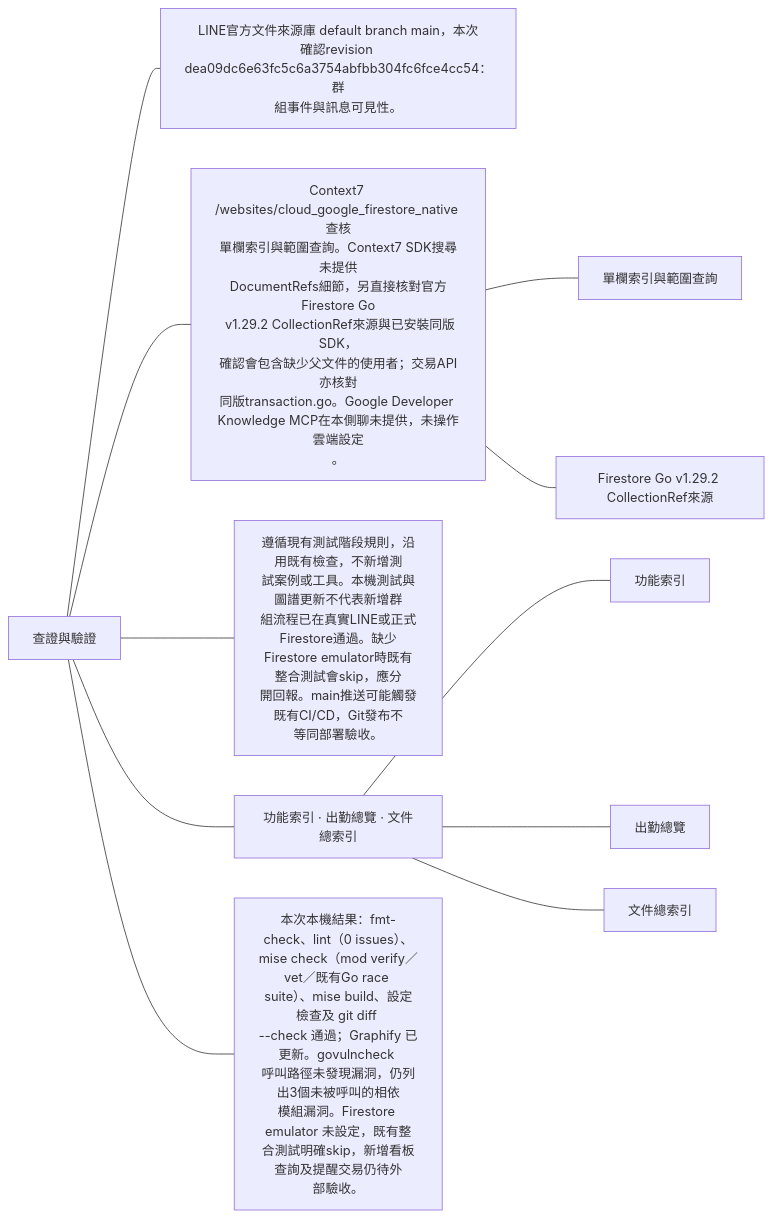
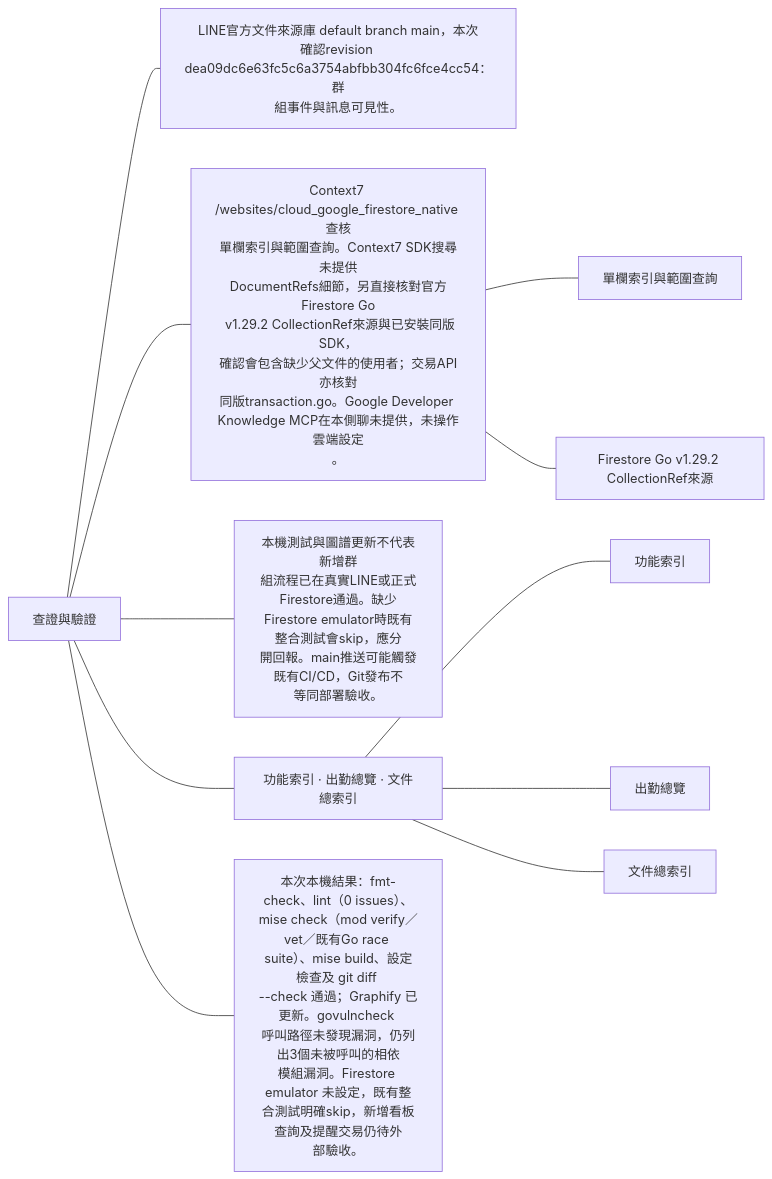
The seventh of 8 diagrams in docs/domains/attendance/board.md (963sup/line-mini-app-bot), drawn with Mermaid before and after one commit. The commit also changed 15 other files, not shown here.

````diff
--- a/docs/domains/attendance/board.md
+++ b/docs/domains/attendance/board.md
@@ -64,20 +64,20 @@
 ```mermaid
 flowchart LR
   h["查證與驗證"]
   h --- n0["LINE官方文件來源庫 default branch main，本次<br/>確認revision <br/>dea09dc6e63fc5c6a3754abfbb304fc6fce4cc54：群<br/>組事件與訊息可見性。"]
   click n0 "https://developers.line.biz/en/docs/messaging-api/group-chats/"
   h --- n1["Context7 <br/>/websites/cloud_google_firestore_native 查核<br/>單欄索引與範圍查詢。Context7 SDK搜尋未提供<br/>DocumentRefs細節，另直接核對官方Firestore Go<br/> v1.29.2 CollectionRef來源與已安裝同版SDK，<br/>確認會包含缺少父文件的使用者；交易API亦核對<br/>同版transaction.go。Google Developer <br/>Knowledge MCP在本側聊未提供，未操作雲端設定<br/>。"]
   n1 --- n1l0["單欄索引與範圍查詢"]
   click n1l0 "https://docs.cloud.google.com/firestore/native/docs/standard-index-overview"
   n1 --- n1l1["Firestore Go v1.29.2 CollectionRef來源"]
   click n1l1 "https://github.com/googleapis/google-cloud-go/blob/firestore/v1.29.2/firestore/collref.go"
-  h --- n2["遵循現有測試階段規則，沿用既有檢查，不新增測<br/>試案例或工具。本機測試與圖譜更新不代表新增群<br/>組流程已在真實LINE或正式Firestore通過。缺少<br/>Firestore emulator時既有整合測試會skip，應分<br/>開回報。main推送可能觸發既有CI/CD，Git發布不<br/>等同部署驗收。"]
+  h --- n2["本機測試與圖譜更新不代表新增群<br/>組流程已在真實LINE或正式Firestore通過。缺少<br/>Firestore emulator時既有整合測試會skip，應分<br/>開回報。main推送可能觸發既有CI/CD，Git發布不<br/>等同部署驗收。"]
   h --- n3["功能索引 · 出勤總覽 · 文件總索引"]
   n3 --- n3l0["功能索引"]
   click n3l0 "../README.md"
   n3 --- n3l1["出勤總覽"]
   click n3l1 "README.md"
   n3 --- n3l2["文件總索引"]
   click n3l2 "../../README.md"
   h --- n4["本次本機結果：fmt-check、lint（0 issues）、<br/>mise check（mod verify／vet／既有Go race <br/>suite）、mise build、設定檢查及 git diff <br/>--check 通過；Graphify 已更新。govulncheck <br/>呼叫路徑未發現漏洞，仍列出3個未被呼叫的相依<br/>模組漏洞。Firestore emulator 未設定，既有整<br/>合測試明確skip，新增看板查詢及提醒交易仍待外<br/>部驗收。"]
 ```
````
